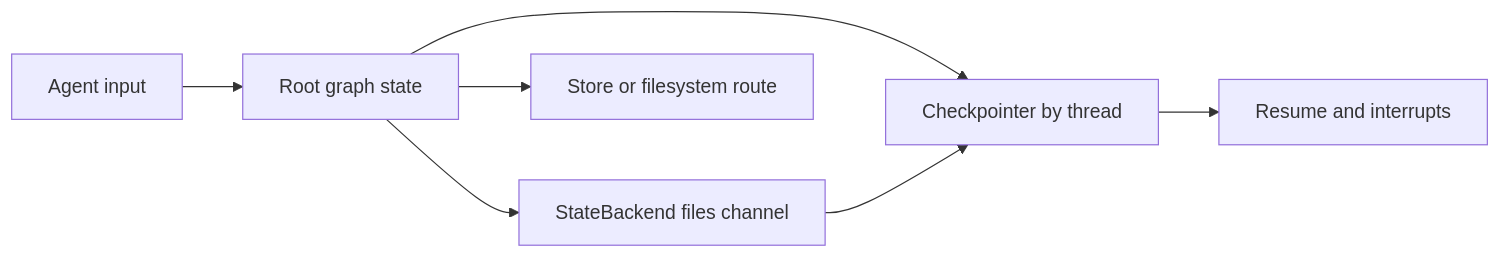
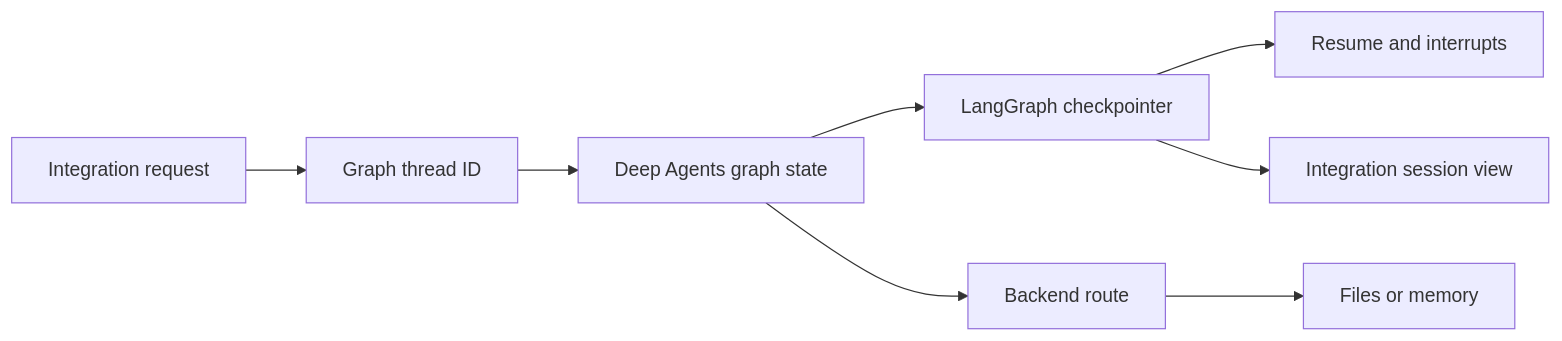
The first of 3 diagrams in openwiki/concepts/state-persistence.md (langchain-ai/deepagents), drawn with Mermaid before and after one commit. The commit also changed other lines of this file and 63 other files, not shown here.

````diff
--- a/openwiki/concepts/state-persistence.md
+++ b/openwiki/concepts/state-persistence.md
@@ -65,9 +77,10 @@
 ```mermaid
 flowchart LR
-    Input["Agent input"] --> Root["Root graph state"]
-    Root --> CP["Checkpointer by thread"]
-    CP --> Resume["Resume and interrupts"]
-    Root --> Files["StateBackend files channel"]
-    Files --> CP
-    Root --> Route["Store or filesystem route"]
+    Request["Integration request"] --> Thread["Graph thread ID"]
+    Thread --> Graph["Deep Agents graph state"]
+    Graph --> Saver["LangGraph checkpointer"]
+    Graph --> Backend["Backend route"]
+    Saver --> Resume["Resume and interrupts"]
+    Backend --> Resources["Files or memory"]
+    Saver --> Session["Integration session view"]
 ```
````
